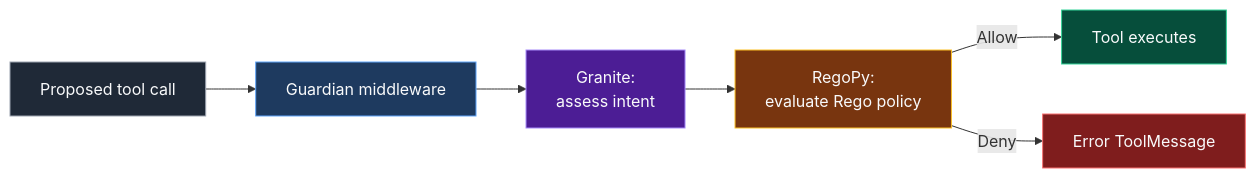
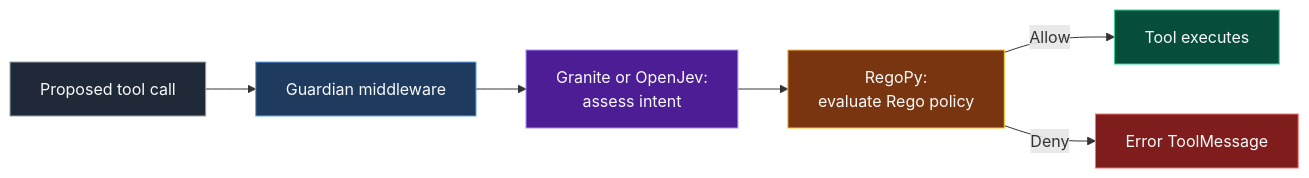
The first of 2 diagrams in guardian/README.md (masoodfaisal/langchain-middlewares), drawn with Mermaid before and after one commit. The commit also changed other lines of this file and 7 other files, not shown here.

````diff
--- a/guardian/README.md
+++ b/guardian/README.md
@@ -15,22 +17,22 @@
 ```mermaid
 flowchart LR
     P["Proposed tool call"] --> M["Guardian middleware"]
-    M --> G["Granite:<br/>assess intent"]
+    M --> G["Granite or OpenJev:<br/>assess intent"]
     G --> R["RegoPy:<br/>evaluate Rego policy"]
     R -->|Allow| T["Tool executes"]
     R -->|Deny| D["Error ToolMessage"]
 
     classDef proposal fill:#1f2937,stroke:#9ca3af,color:#f9fafb
     classDef guard fill:#1e3a5f,stroke:#60a5fa,color:#f9fafb
     classDef judge fill:#4c1d95,stroke:#a78bfa,color:#f9fafb
     classDef policy fill:#78350f,stroke:#fbbf24,color:#f9fafb
     classDef allow fill:#064e3b,stroke:#34d399,color:#f9fafb
     classDef deny fill:#7f1d1d,stroke:#f87171,color:#f9fafb
 
     class P proposal
     class M guard
     class G judge
     class R policy
     class T allow
     class D deny
 ```
````
